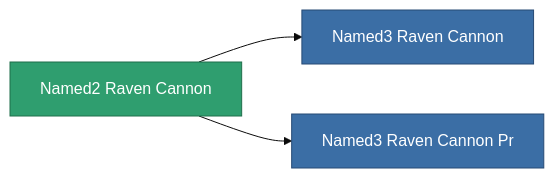
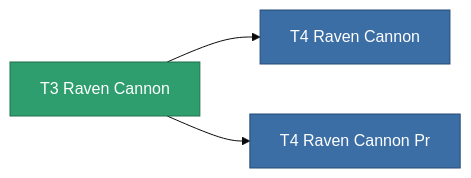
One commit to OpenPerpetuum/Wiki changed the diagram in content/content/items/named2_raven_cannon.md. Above: the diagram before and after it, drawn with Mermaid (base theme). The commit also changed other lines of this file and 4904 other files, not shown here.

````diff
--- a/content/content/items/named2_raven_cannon.md
+++ b/content/content/items/named2_raven_cannon.md
@@ -76,13 +54,13 @@
 ```mermaid
 graph LR
-    a["Named2 Raven Cannon"]:::current
-    b["Named3 Raven Cannon"]:::prod
+    a["T3 Raven Cannon"]:::current
+    b["T4 Raven Cannon"]:::prod
     a --> b
-    click b "/content/items/named3-raven-cannon/" "Named3 Raven Cannon"
-    c["Named3 Raven Cannon Pr"]:::prod
+    click b "/content/items/named3-raven-cannon/" "T4 Raven Cannon"
+    c["T4 Raven Cannon Pr"]:::prod
     a --> c
-    click c "/content/items/named3-raven-cannon-pr/" "Named3 Raven Cannon Pr"
+    click c "/content/items/named3-raven-cannon-pr/" "T4 Raven Cannon Pr"
     classDef current fill:#2f9e6f,stroke:#1f6f4a,color:#ffffff
     classDef prod fill:#3b6ea5,stroke:#274a75,color:#ffffff
     classDef more fill:#39445a,stroke:#54658a,color:#d5dbe8
 ```
````
